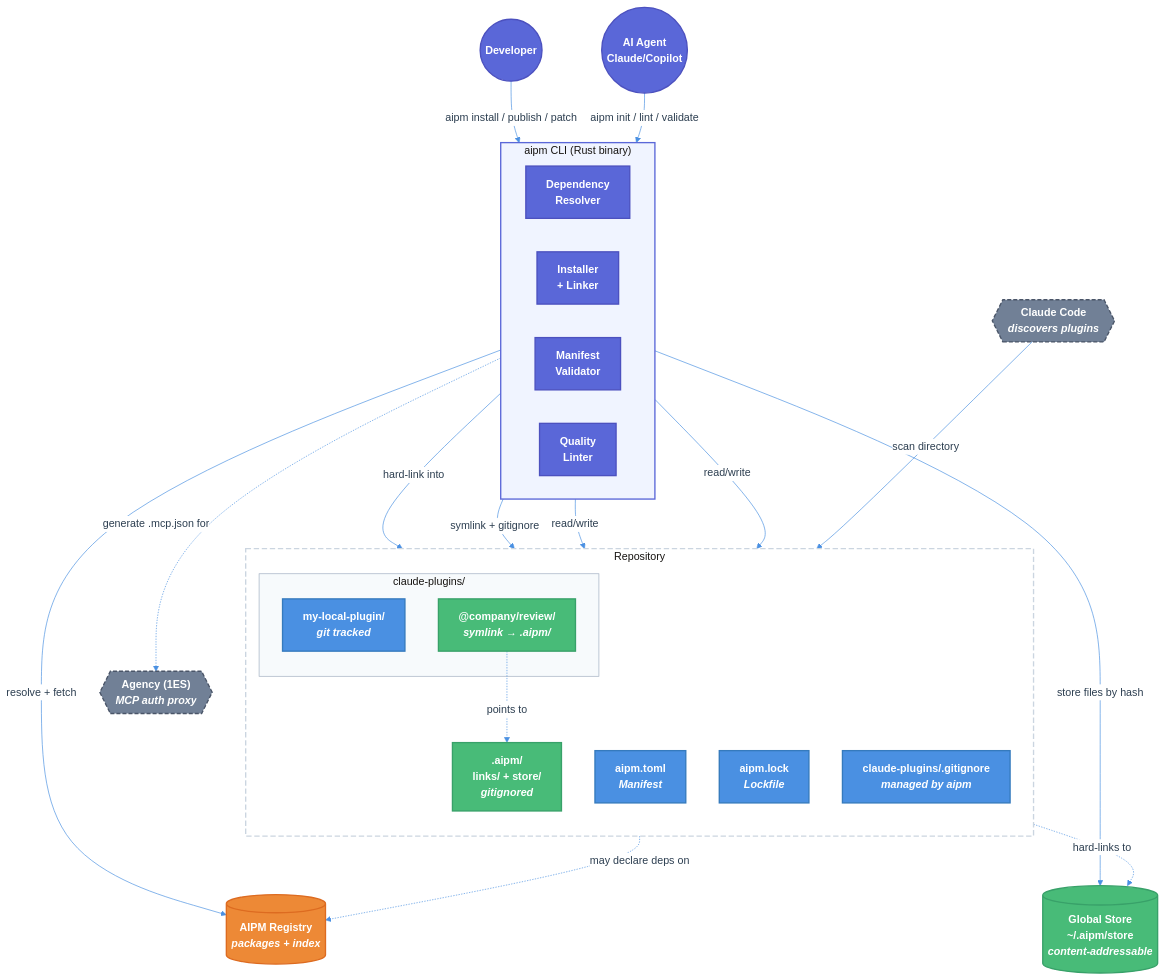
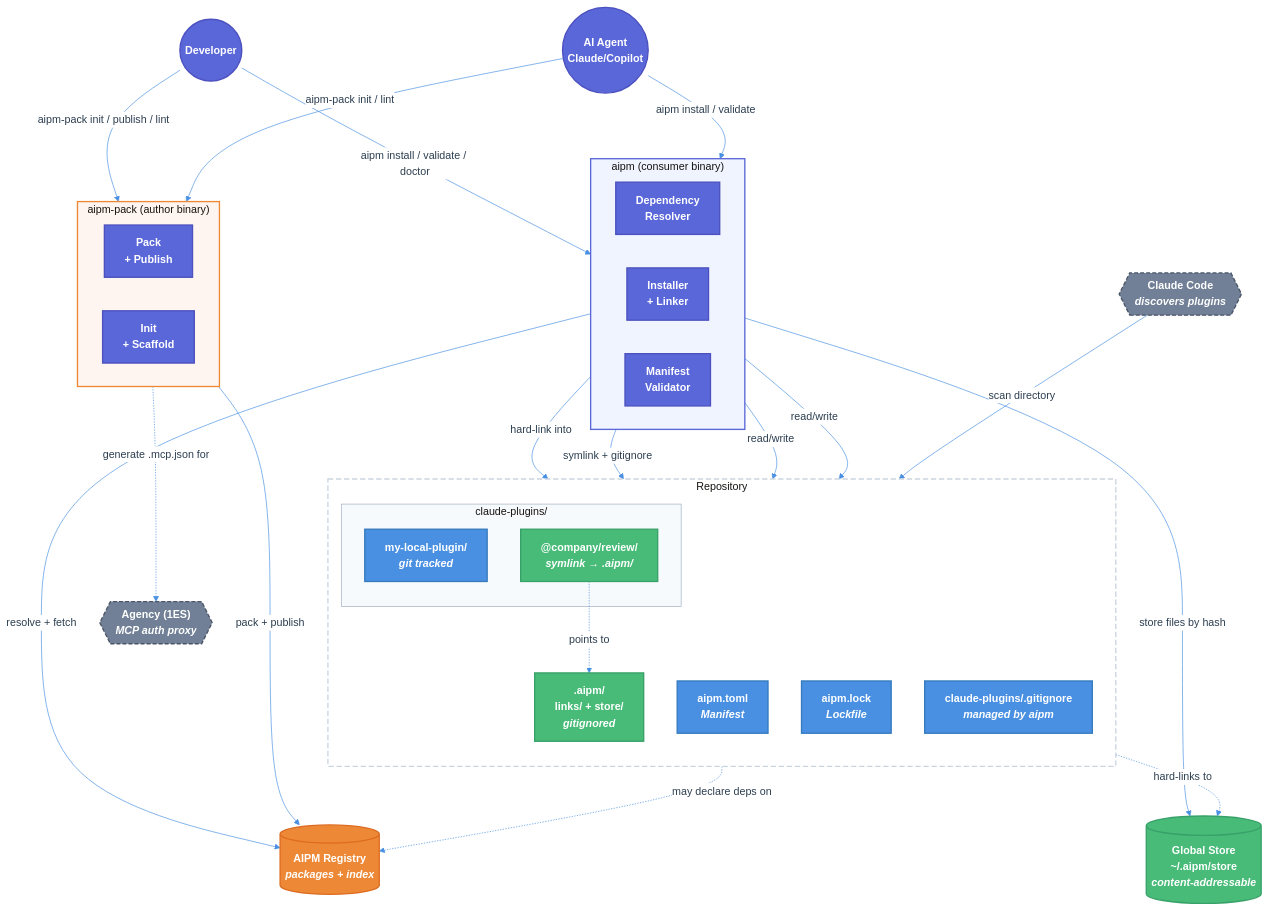
The diagram in specs/2026-03-09-aipm-technical-design.md (TheLarkInn/aipm), drawn with Mermaid before and after one commit. The commit also changed other lines of this file and 13 other files, not shown here.

````diff
--- a/specs/2026-03-09-aipm-technical-design.md
+++ b/specs/2026-03-09-aipm-technical-design.md
@@ -82,57 +83,65 @@
 ```mermaid
 %%{init: {'theme':'base', 'themeVariables': { 'primaryColor':'#f8f9fa','primaryTextColor':'#2c3e50','primaryBorderColor':'#4a5568','lineColor':'#4a90e2','secondaryColor':'#ffffff','tertiaryColor':'#e9ecef'}}}%%
 
 flowchart TB
     classDef cli fill:#5a67d8,stroke:#4c51bf,stroke-width:2px,color:#ffffff,font-weight:600
     classDef store fill:#48bb78,stroke:#38a169,stroke-width:2px,color:#ffffff,font-weight:600
     classDef registry fill:#ed8936,stroke:#dd6b20,stroke-width:2px,color:#ffffff,font-weight:600
     classDef local fill:#4a90e2,stroke:#357abd,stroke-width:2px,color:#ffffff,font-weight:600
     classDef external fill:#718096,stroke:#4a5568,stroke-width:2px,color:#ffffff,font-weight:600,stroke-dasharray:6 3
 
     Dev(("Developer")):::cli
     AI(("AI Agent<br>Claude/Copilot")):::cli
 
     subgraph ProjectRepo["Repository"]
         direction TB
         Manifest["aipm.toml<br><i>Manifest</i>"]:::local
         Lockfile["aipm.lock<br><i>Lockfile</i>"]:::local
 
         subgraph PluginsDir["claude-plugins/"]
             LocalPlugin["my-local-plugin/<br><i>git tracked</i>"]:::local
             SymlinkedPlugin["@company/review/<br><i>symlink → .aipm/</i>"]:::store
         end
 
         DotAipm[".aipm/<br>links/ + store/<br><i>gitignored</i>"]:::store
         GitIgnore["claude-plugins/.gitignore<br><i>managed by aipm</i>"]:::local
     end
 
-    subgraph AIPMCLI["aipm CLI (Rust binary)"]
+    subgraph AIPMCLI["aipm (consumer binary)"]
         Resolver["Dependency<br>Resolver"]:::cli
         Installer["Installer<br>+ Linker"]:::cli
         Validator["Manifest<br>Validator"]:::cli
-        Linter["Quality<br>Linter"]:::cli
+    end
+
+    subgraph AIPMPack["aipm-pack (author binary)"]
+        Packer["Pack<br>+ Publish"]:::cli
+        Scaffolder["Init<br>+ Scaffold"]:::cli
     end
 
     GlobalStore[("Global Store<br>~/.aipm/store<br><i>content-addressable</i>")]:::store
     Registry[("AIPM Registry<br><i>packages + index</i>")]:::registry
     ClaudeCode{{"Claude Code<br><i>discovers plugins</i>"}}:::external
     Agency{{"Agency (1ES)<br><i>MCP auth proxy</i>"}}:::external
 
-    Dev -->|"aipm install / publish / patch"| AIPMCLI
-    AI -->|"aipm init / lint / validate"| AIPMCLI
+    Dev -->|"aipm install / validate / doctor"| AIPMCLI
+    Dev -->|"aipm-pack init / publish / lint"| AIPMPack
+    AI -->|"aipm install / validate"| AIPMCLI
+    AI -->|"aipm-pack init / lint"| AIPMPack
     AIPMCLI -->|"resolve + fetch"| Registry
+    AIPMPack -->|"pack + publish"| Registry
     AIPMCLI -->|"store files by hash"| GlobalStore
     AIPMCLI -->|"hard-link into"| DotAipm
     AIPMCLI -->|"symlink + gitignore"| PluginsDir
     AIPMCLI -->|"read/write"| Manifest
     AIPMCLI -->|"read/write"| Lockfile
     ClaudeCode -->|"scan directory"| PluginsDir
     SymlinkedPlugin -.->|"points to"| DotAipm
     DotAipm -.->|"hard-links to"| GlobalStore
     LocalPlugin -.->|"may declare deps on"| Registry
-    AIPMCLI -.->|"generate .mcp.json for"| Agency
+    AIPMPack -.->|"generate .mcp.json for"| Agency
 
     style ProjectRepo fill:#ffffff,stroke:#cbd5e0,stroke-width:2px,stroke-dasharray:8 4
     style PluginsDir fill:#f7fafc,stroke:#a0aec0,stroke-width:1px
     style AIPMCLI fill:#f0f4ff,stroke:#5a67d8,stroke-width:2px
+    style AIPMPack fill:#fff5f0,stroke:#ed8936,stroke-width:2px
 ```
````
